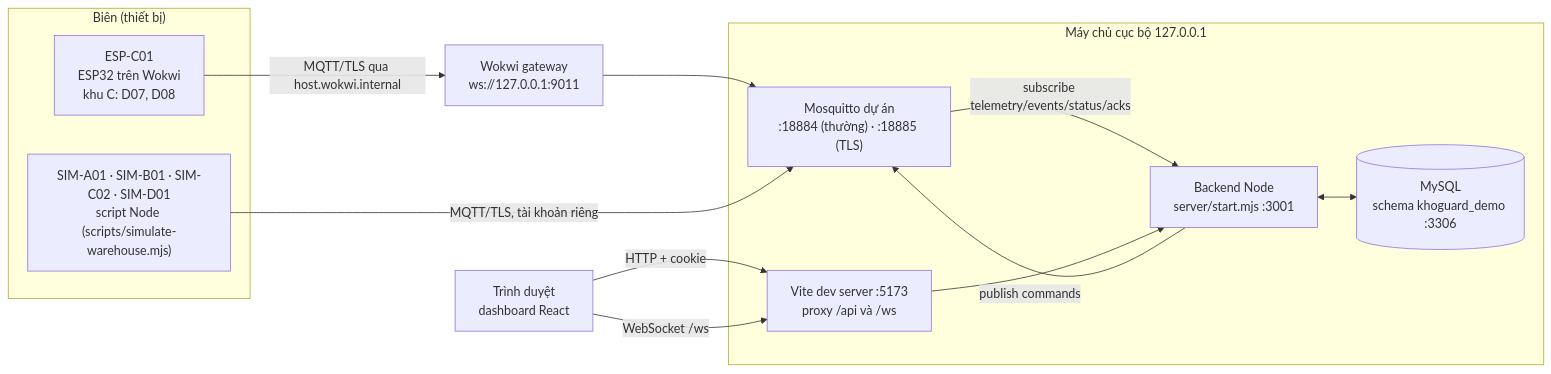
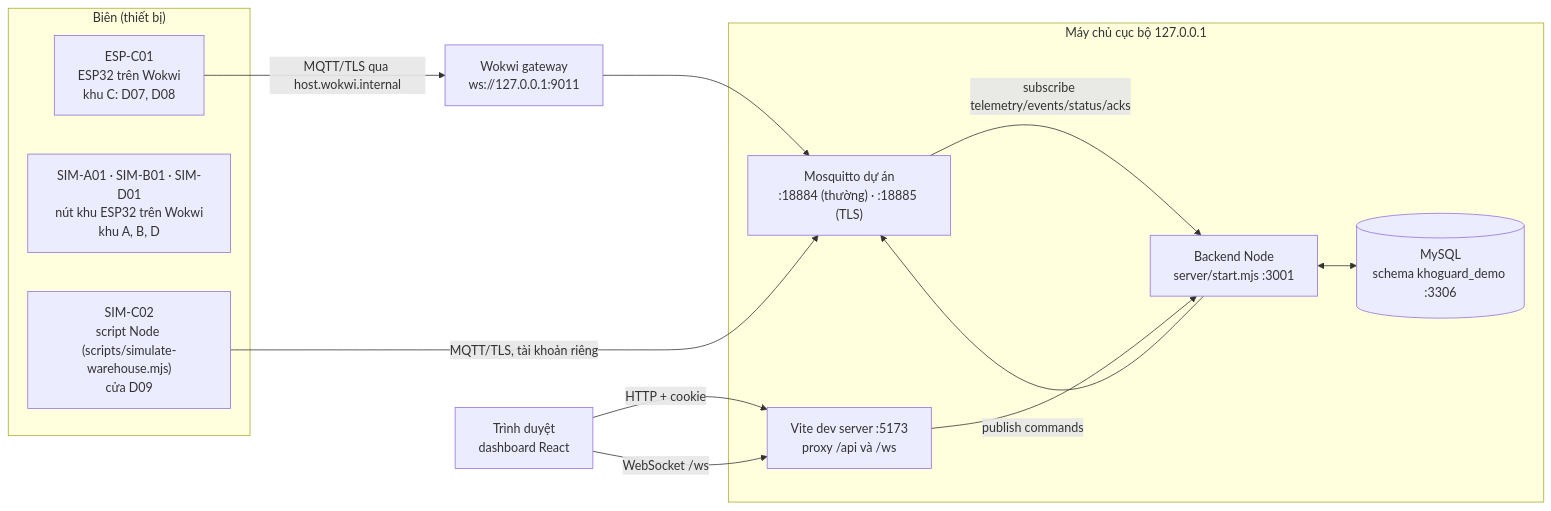
One commit to Huuloc123456/khoguard-iot changed the first of 9 diagrams in ARCHITECTURE.md. Above: the diagram before and after it, drawn with Mermaid. The commit also changed other lines of this file and 37 other files, not shown here.

First line of the commit message:
Run zones A, B and D as Wokwi zone nodes; liven the Node fallback

````diff
--- a/ARCHITECTURE.md
+++ b/ARCHITECTURE.md
@@ -109,23 +109,24 @@
 ```mermaid
 flowchart LR
   subgraph EDGE["Biên (thiết bị)"]
     ESP["ESP-C01<br/>ESP32 trên Wokwi<br/>khu C: D07, D08"]
-    SIM["SIM-A01 · SIM-B01 · SIM-C02 · SIM-D01<br/>script Node (scripts/simulate-warehouse.mjs)"]
+    ZN["SIM-A01 · SIM-B01 · SIM-D01<br/>nút khu ESP32 trên Wokwi<br/>khu A, B, D"]
+    SIM["SIM-C02<br/>script Node (scripts/simulate-warehouse.mjs)<br/>cửa D09"]
   end
   GW["Wokwi gateway<br/>ws://127.0.0.1:9011"]
   subgraph HOST["Máy chủ cục bộ 127.0.0.1"]
     MQ["Mosquitto dự án<br/>:18884 (thường) · :18885 (TLS)"]
     BE["Backend Node<br/>server/start.mjs :3001"]
     DB[("MySQL<br/>schema khoguard_demo :3306")]
     VITE["Vite dev server :5173<br/>proxy /api và /ws"]
   end
   UI["Trình duyệt<br/>dashboard React"]
 
   ESP -- "MQTT/TLS qua host.wokwi.internal" --> GW --> MQ
   SIM -- "MQTT/TLS, tài khoản riêng" --> MQ
   MQ -- "subscribe telemetry/events/status/acks" --> BE
   BE -- "publish commands" --> MQ
   BE <--> DB
   UI -- "HTTP + cookie" --> VITE --> BE
   UI -- "WebSocket /ws" --> VITE
 ```
````
